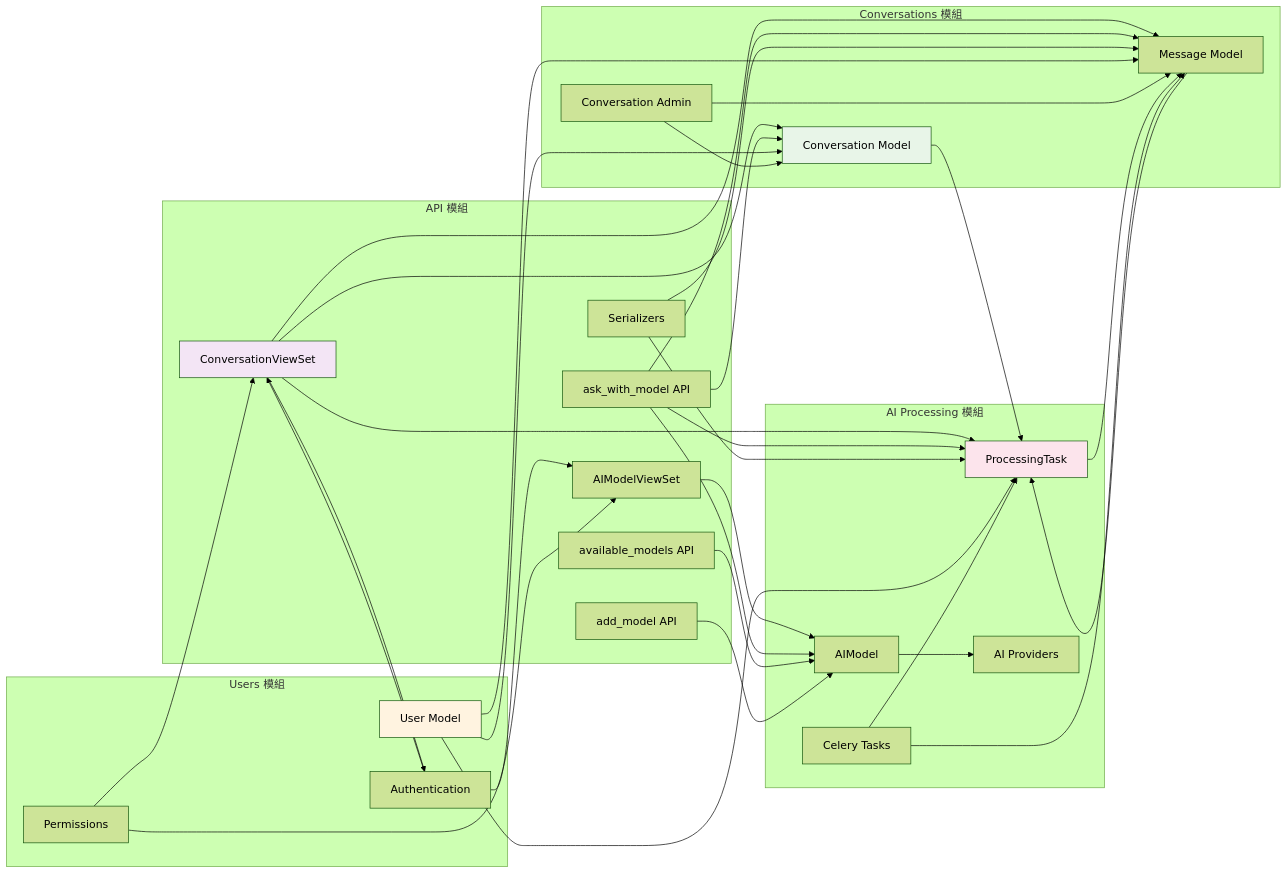
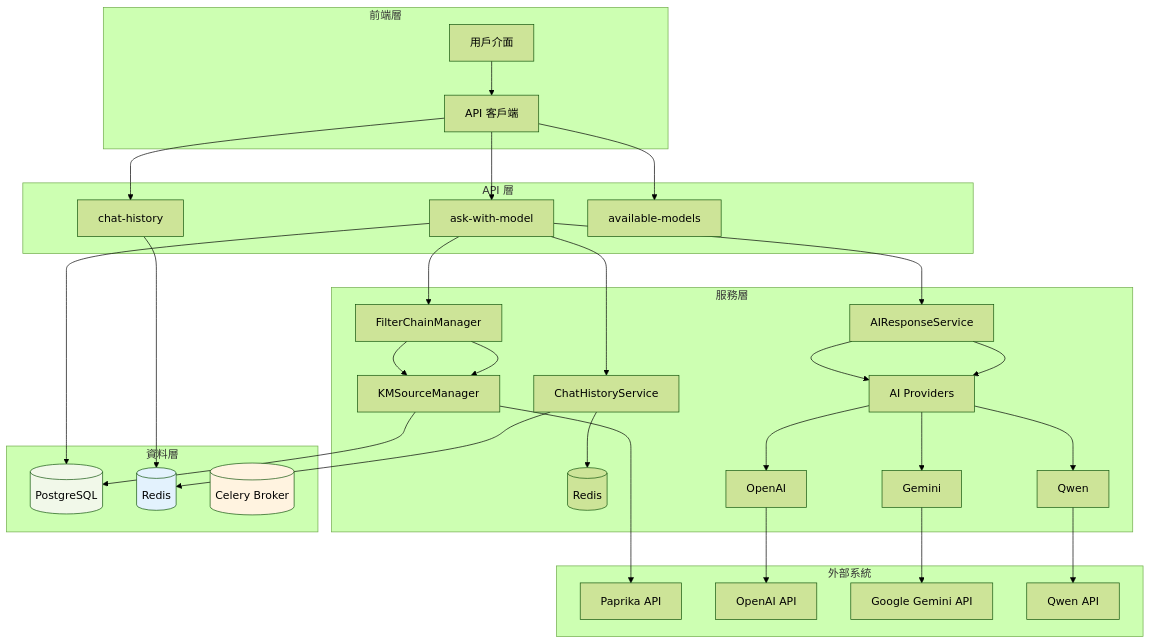
Before and after one commit to Vinskao/maya-sawa-v2: the first of 2 diagrams in README.md, drawn with Mermaid (forest theme). The commit also changed other lines of this file, not shown here.

````diff
--- a/README.md
+++ b/README.md
@@ -143,71 +5,60 @@
 ```mermaid
-graph LR
-    subgraph "API 模組"
-        A1[ConversationViewSet]
-        A2[AIModelViewSet]
-        A3[ask_with_model API]
-        A4[available_models API]
-        A5[add_model API]
-        A6[Serializers]
+graph TB
+    subgraph "前端層"
+        A[用戶介面] --> B[API 客戶端]
     end
-    
-    subgraph "Users 模組"
-        U1[User Model]
-        U2[Authentication]
-        U3[Permissions]
+
+    subgraph "API 層"
+        B --> A1[ask-with-model]
+        B --> A2[chat-history]
+        B --> A3[available-models]
     end
-    
-    subgraph "Conversations 模組"
-        C1[Conversation Model]
-        C2[Message Model]
-        C3[Conversation Admin]
+
+    subgraph "服務層"
+        S1[FilterChainManager] --> S2[KMSourceManager]
+        S3[ChatHistoryService] --> R[(Redis)]
+        S4[AIResponseService] --> P1[AI Providers]
+        P1 --> P1a[OpenAI]
+        P1 --> P1b[Gemini]
+        P1 --> P1c[Qwen]
     end
-    
-    subgraph "AI Processing 模組"
-        AI1[ProcessingTask]
-        AI2[AIModel]
-        AI3[AI Providers]
-        AI4[Celery Tasks]
+
+    subgraph "資料層"
+        D1[(PostgreSQL)]
+        D2[(Redis)]
+        D3[(Celery Broker)]
     end
-    
-    %% API 模組的協作關係
-    A1 --> U2
-    A1 --> C1
-    A1 --> C2
-    A1 --> AI1
-    A2 --> AI2
-    A3 --> C1
-    A3 --> C2
-    A3 --> AI1
-    A3 --> AI2
-    A4 --> AI2
-    A5 --> AI2
-    A6 --> C2
-    A6 --> AI1
-    
-    %% Users 模組的協作關係
-    U1 --> C1
-    U1 --> C2
-    U1 --> AI1
-    U2 --> A1
-    U2 --> A2
-    U3 --> A1
-    U3 --> A2
-    
-    %% Conversations 模組的協作關係
-    C1 --> AI1
-    C2 --> AI1
-    C3 --> C1
-    C3 --> C2
-    
-    %% AI Processing 模組的協作關係
-    AI1 --> C2
-    AI2 --> AI3
-    AI4 --> AI1
-    AI4 --> C2
-    
-    style A1 fill:#f3e5f5
-    style U1 fill:#fff3e0
-    style C1 fill:#e8f5e8
-    style AI1 fill:#fce4ec
+
+    subgraph "外部系統"
+        E1[Paprika API]
+        E2[OpenAI API]
+        E3[Google Gemini API]
+        E4[Qwen API]
+    end
+
+    %% 關聯
+    A1 --> S1
+    S1 --> S2
+    S2 --> D1
+    A1 --> S3
+    S3 --> D2
+    A1 --> S4
+    S4 --> P1
+    P1a --> E2
+    P1b --> E3
+    P1c --> E4
+    S2 --> E1
+
+    %% DB 關聯
+    A1 --> D1
+    A2 --> D2
+
+    %% 註解
+    D1:::db
+    D2:::cache
+    D3:::broker
+
+    classDef db fill:#f1f8e9
+    classDef cache fill:#e3f2fd
+    classDef broker fill:#fff3e0
 ```
````
